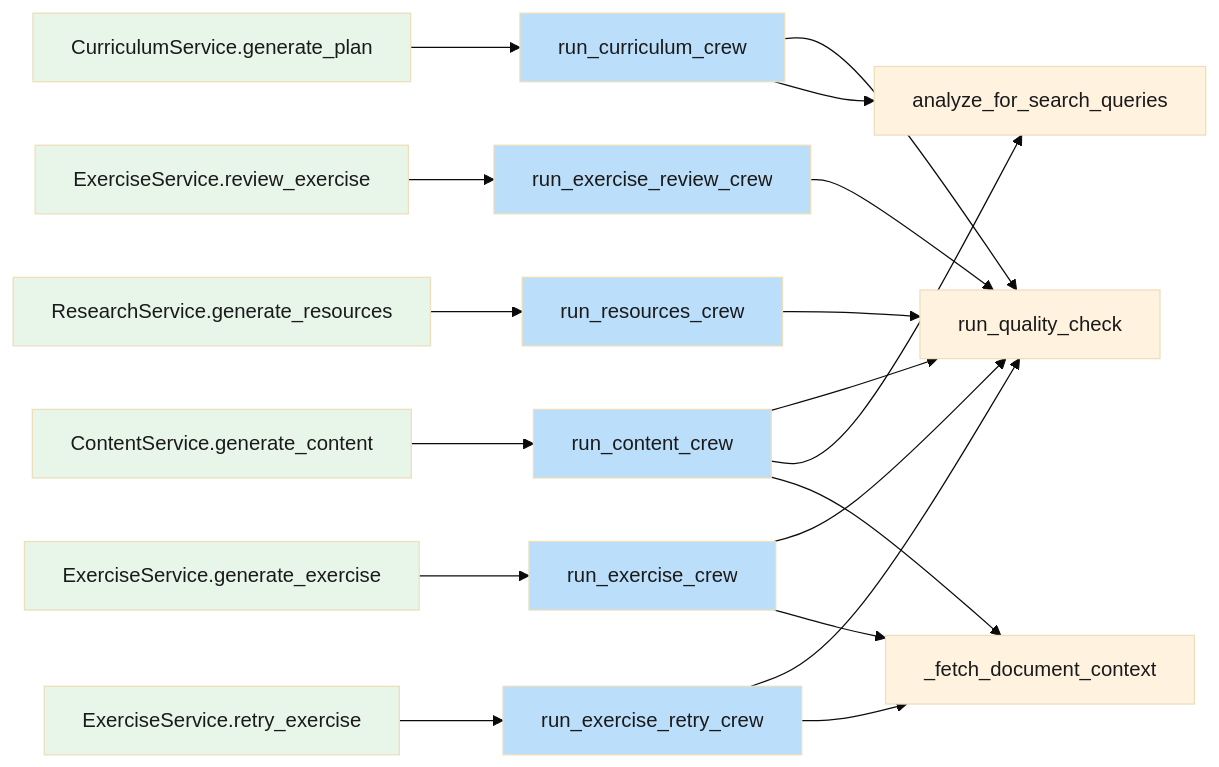
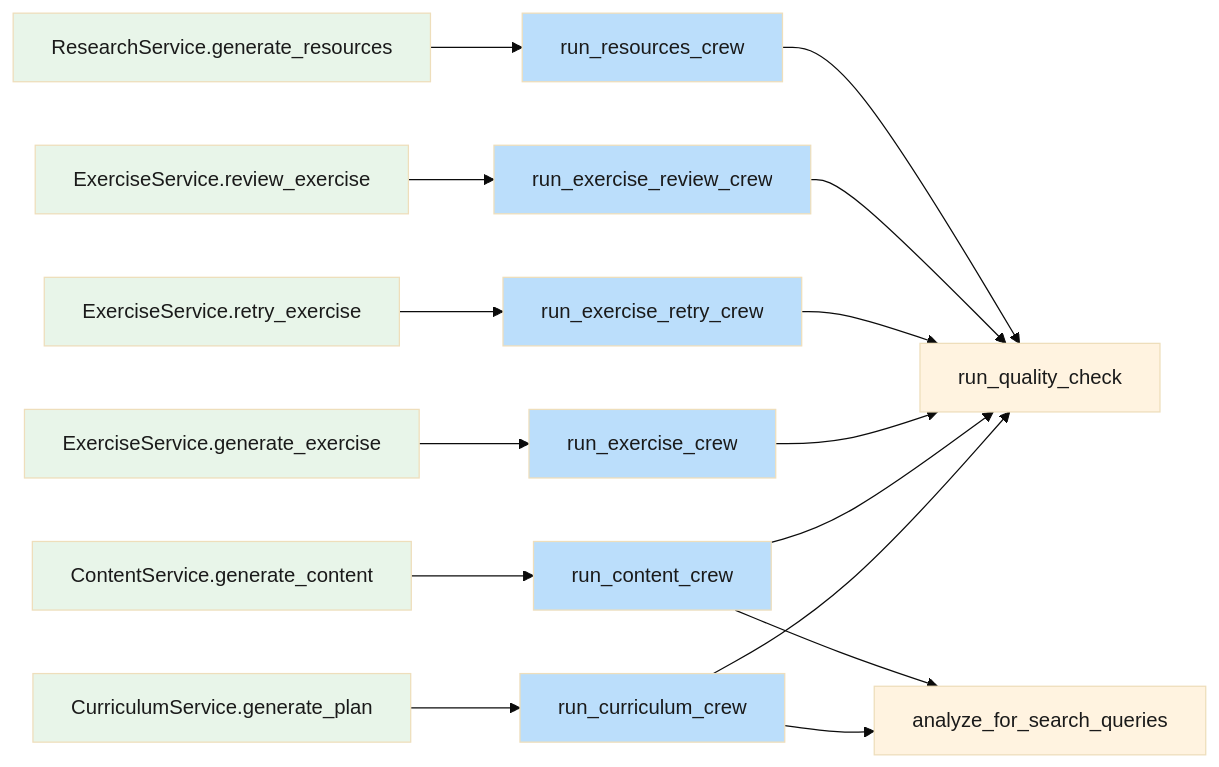
Before and after one commit to Dockdep/LessonHub: the first of 3 diagrams in diagrams/ai/03-services-and-crews.md, drawn with Mermaid (base theme). The commit also changed other lines of this file and 36 other files, not shown here.

````diff
--- a/diagrams/ai/03-services-and-crews.md
+++ b/diagrams/ai/03-services-and-crews.md
@@ -7,26 +7,23 @@
 ```mermaid
 flowchart LR
   classDef svc fill:#e8f5e9,color:#1a1a1a
   classDef crew fill:#bbdefb,color:#1a1a1a
   classDef helper fill:#fff3e0,color:#1a1a1a
 
   cur[CurriculumService.generate_plan]:::svc --> cur_c[run_curriculum_crew]:::crew
   con[ContentService.generate_content]:::svc --> con_c[run_content_crew]:::crew
   ex_g[ExerciseService.generate_exercise]:::svc --> ex_c[run_exercise_crew]:::crew
   ex_r[ExerciseService.retry_exercise]:::svc --> ex_rc[run_exercise_retry_crew]:::crew
   ex_v[ExerciseService.review_exercise]:::svc --> rev_c[run_exercise_review_crew]:::crew
   res[ResearchService.generate_resources]:::svc --> res_c[run_resources_crew]:::crew
 
   cur_c --> qc[run_quality_check]:::helper
   con_c --> qc
   ex_c --> qc
   ex_rc --> qc
   rev_c --> qc
   res_c --> qc
 
   cur_c --> fa[analyze_for_search_queries]:::helper
   con_c --> fa
-  con_c --> _fdc[_fetch_document_context]:::helper
-  ex_c --> _fdc
-  ex_rc --> _fdc
 ```
````
